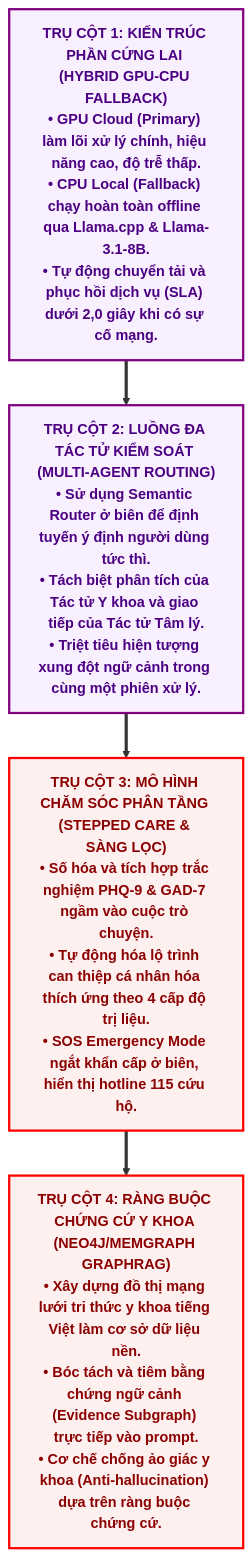
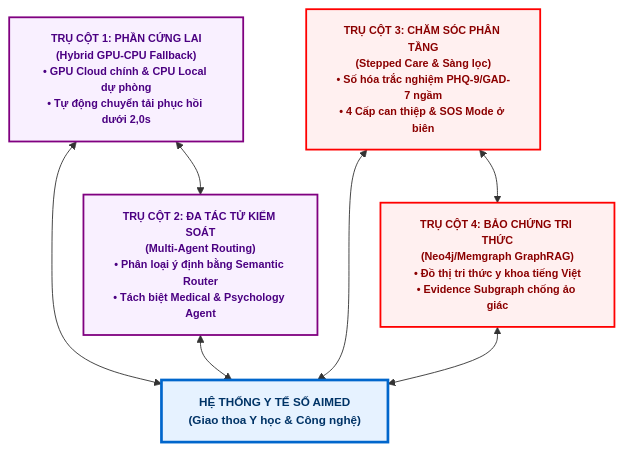
Before and after one commit to caonguyenthanhan/aimed: the diagram in hieu_chinh.md, drawn with Mermaid.

Commit message:
Update Hình 1.7 in hieu_chinh.md to a symmetric 2x2 diamond layout centering on AiMed

````diff
--- a/hieu_chinh.md
+++ b/hieu_chinh.md
@@ -15,17 +15,27 @@
 ```mermaid
 flowchart TD
-    %% Định nghĩa phong cách hiển thị với kích thước chữ lớn
-    classDef tech fill:#F9F0FF,stroke:#800080,stroke-width:2.5px,font-weight:bold,color:#4B0082;
-    classDef med fill:#FFF0F0,stroke:#FF0000,stroke-width:2.5px,font-weight:bold,color:#8B0000;
+    %% Định nghĩa phong cách hiển thị màu sắc trực quan
+    classDef main fill:#E6F2FF,stroke:#0066CC,stroke-width:3px,font-weight:bold,color:#003366,font-size:13px;
+    classDef tech fill:#F9F0FF,stroke:#800080,stroke-width:2px,font-weight:bold,color:#4B0082,font-size:12px;
+    classDef med fill:#FFF0F0,stroke:#FF0000,stroke-width:2px,font-weight:bold,color:#8B0000,font-size:12px;
 
-    P1["TRỤ CỘT 1: KIẾN TRÚC PHẦN CỨNG LAI (HYBRID GPU-CPU FALLBACK)<br/>• GPU Cloud (Primary) làm lõi xử lý chính, hiệu năng cao, độ trễ thấp.<br/>• CPU Local (Fallback) chạy hoàn toàn offline qua Llama.cpp & Llama-3.1-8B.<br/>• Tự động chuyển tải và phục hồi dịch vụ (SLA) dưới 2,0 giây khi có sự cố mạng."]:::tech
+    %% Các nút Trụ cột
+    P1["TRỤ CỘT 1: PHẦN CỨNG LAI<br/>(Hybrid GPU-CPU Fallback)<br/>• GPU Cloud chính & CPU Local dự phòng<br/>• Tự động chuyển tải phục hồi dưới 2,0s"]:::tech
     
-    P2["TRỤ CỘT 2: LUỒNG ĐA TÁC TỬ KIỂM SOÁT (MULTI-AGENT ROUTING)<br/>• Sử dụng Semantic Router ở biên để định tuyến ý định người dùng tức thì.<br/>• Tách biệt phân tích của Tác tử Y khoa và giao tiếp của Tác tử Tâm lý.<br/>• Triệt tiêu hiện tượng xung đột ngữ cảnh trong cùng một phiên xử lý."]:::tech
+    P2["TRỤ CỘT 2: ĐA TÁC TỬ KIỂM SOÁT<br/>(Multi-Agent Routing)<br/>• Phân loại ý định bằng Semantic Router<br/>• Tách biệt Medical & Psychology Agent"]:::tech
     
-    P3["TRỤ CỘT 3: MÔ HÌNH CHĂM SÓC PHÂN TẦNG (STEPPED CARE & SÀNG LỌC)<br/>• Số hóa và tích hợp trắc nghiệm PHQ-9 & GAD-7 ngầm vào cuộc trò chuyện.<br/>• Tự động hóa lộ trình can thiệp cá nhân hóa thích ứng theo 4 cấp độ trị liệu.<br/>• SOS Emergency Mode ngắt khẩn cấp ở biên, hiển thị hotline 115 cứu hộ."]:::med
+    Central["HỆ THỐNG Y TẾ SỐ AIMED<br/>(Giao thoa Y học & Công nghệ)"]:::main
     
-    P4["TRỤ CỘT 4: RÀNG BUỘC CHỨNG CỨ Y KHOA (NEO4J/MEMGRAPH GRAPHRAG)<br/>• Xây dựng đồ thị mạng lưới tri thức y khoa tiếng Việt làm cơ sở dữ liệu nền.<br/>• Bóc tách và tiêm bằng chứng ngữ cảnh (Evidence Subgraph) trực tiếp vào prompt.<br/>• Cơ chế chống ảo giác y khoa (Anti-hallucination) dựa trên ràng buộc chứng cứ."]:::med
+    P3["TRỤ CỘT 3: CHĂM SÓC PHÂN TẦNG<br/>(Stepped Care & Sàng lọc)<br/>• Số hóa trắc nghiệm PHQ-9/GAD-7 ngầm<br/>• 4 Cấp can thiệp & SOS Mode ở biên"]:::med
+    
+    P4["TRỤ CỘT 4: BẢO CHỨNG TRI THỨC<br/>(Neo4j/Memgraph GraphRAG)<br/>• Đồ thị tri thức y khoa tiếng Việt<br/>• Evidence Subgraph chống ảo giác"]:::med
 
-    %% Kết nối luồng đứng dọc
-    P1 ==> P2 ==> P3 ==> P4
+    %% Định hình bố cục đối xứng 2x2 giao thoa qua tâm
+    P1 <--> P2
+    P3 <--> P4
+    
+    P1 <--> Central
+    P2 <--> Central
+    P3 <--> Central
+    P4 <--> Central
 ```
````
